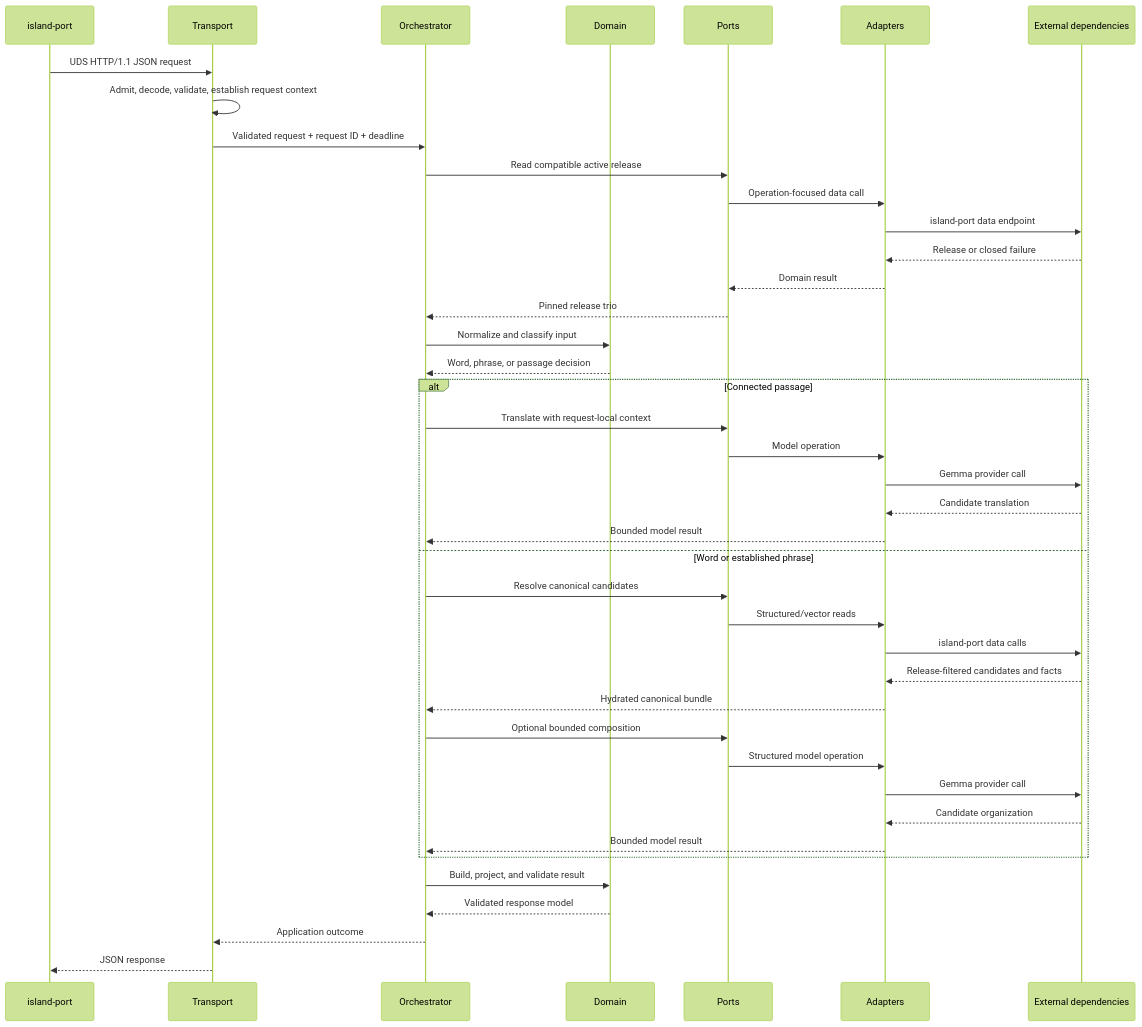
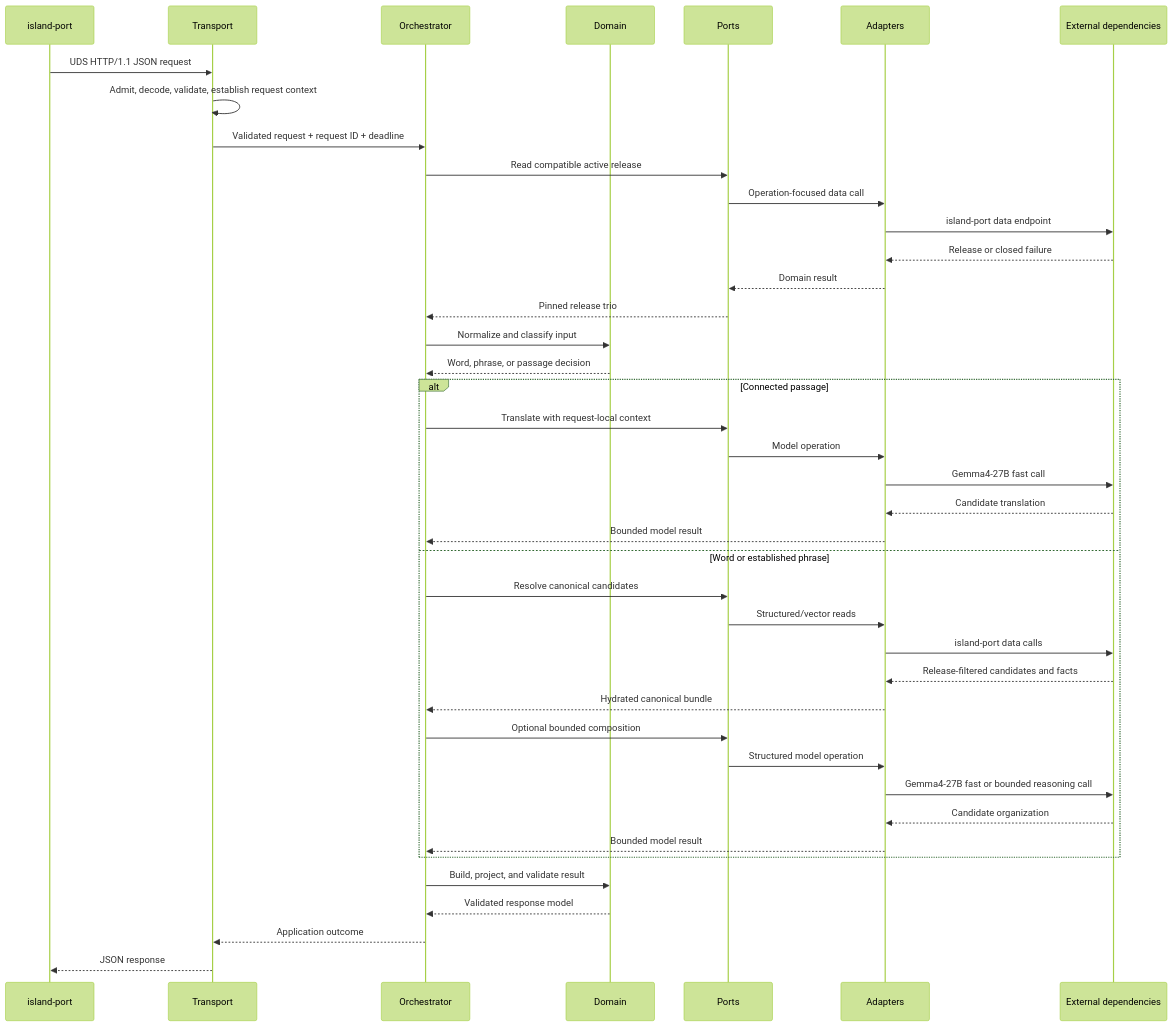
Before and after one commit to Ashex-x/Transnet: the diagram in docs/reference/application/request-dataflow.md, drawn with Mermaid (forest theme). The commit also changed other lines of this file and 15 other files, not shown here.

Commit message:
docs: align target architecture with available models

```diff
--- a/docs/reference/application/request-dataflow.md
+++ b/docs/reference/application/request-dataflow.md
@@ -11,44 +11,44 @@
 ~~~mermaid
 sequenceDiagram
   participant IP as island-port
   participant T as Transport
   participant O as Orchestrator
   participant D as Domain
   participant P as Ports
   participant A as Adapters
   participant X as External dependencies
 
   IP->>T: UDS HTTP/1.1 JSON request
   T->>T: Admit, decode, validate, establish request context
   T->>O: Validated request + request ID + deadline
   O->>P: Read compatible active release
   P->>A: Operation-focused data call
   A->>X: island-port data endpoint
   X-->>A: Release or closed failure
   A-->>P: Domain result
   P-->>O: Pinned release trio
   O->>D: Normalize and classify input
   D-->>O: Word, phrase, or passage decision
   alt Connected passage
     O->>P: Translate with request-local context
     P->>A: Model operation
-    A->>X: Gemma provider call
+    A->>X: Gemma4-27B fast call
     X-->>A: Candidate translation
     A-->>O: Bounded model result
   else Word or established phrase
     O->>P: Resolve canonical candidates
     P->>A: Structured/vector reads
     A->>X: island-port data calls
     X-->>A: Release-filtered candidates and facts
     A-->>O: Hydrated canonical bundle
     O->>P: Optional bounded composition
     P->>A: Structured model operation
-    A->>X: Gemma provider call
+    A->>X: Gemma4-27B fast or bounded reasoning call
     X-->>A: Candidate organization
     A-->>O: Bounded model result
   end
   O->>D: Build, project, and validate result
   D-->>O: Validated response model
   O-->>T: Application outcome
   T-->>IP: JSON response
 ~~~
```
